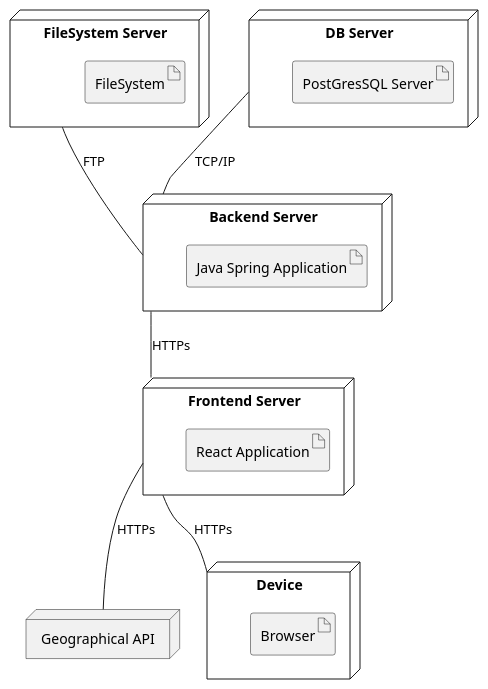
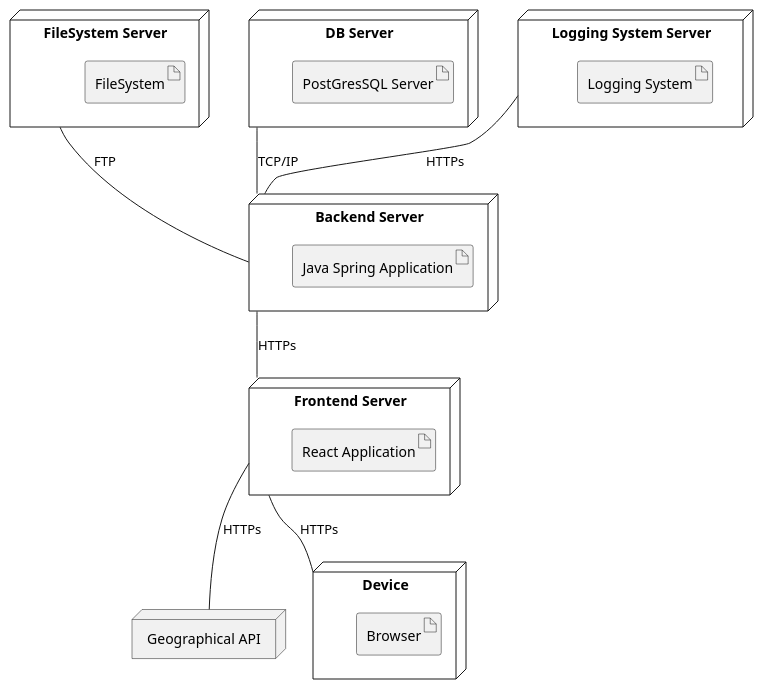
One commit to RafaelFaisca32/desofs2024_M1C_3 changed the diagram in Documentation/DeploymentDiagram/deploymentDiagram.puml. Above: the diagram before and after it, drawn with PlantUML. The commit also changed 6 other files, not shown here.

```diff
--- a/Documentation/DeploymentDiagram/deploymentDiagram.puml
+++ b/Documentation/DeploymentDiagram/deploymentDiagram.puml
@@ -1,30 +1,35 @@
 @startuml deployment
 
 node "Frontend Server" as fs{
     artifact "React Application"
 }
 
 node "Device" as user {
     artifact "Browser" as bw
 }
 
 node "FileSystem Server" as fServer{
     artifact "FileSystem" as fileSystem
 }
 
 node "Backend Server" as backend{
     artifact "Java Spring Application"
 }
 
 node "DB Server" as db {
     artifact "PostGresSQL Server" as PSQL
 }
 node "Geographical API" as gm
 
+node "Logging System Server" as lss {
+    artifact "Logging System" as ls
+}
+
 fServer -- backend : "FTP"
 fs -- user : "HTTPs"
 fs -- gm : "HTTPs"
 backend -- fs : "HTTPs"
 db -- backend : "TCP/IP"
+lss -- backend : "HTTPs"
 
 @enduml
```
